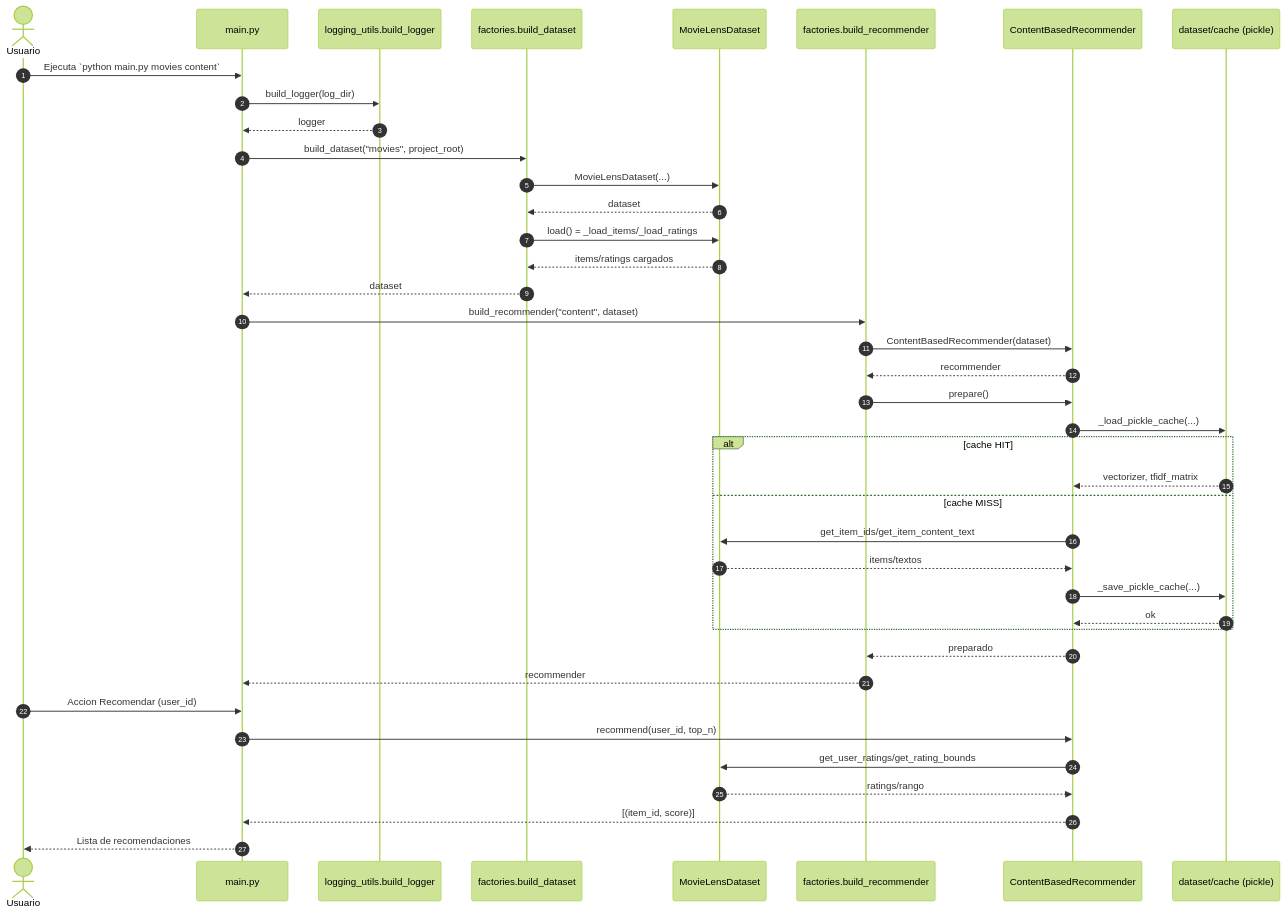
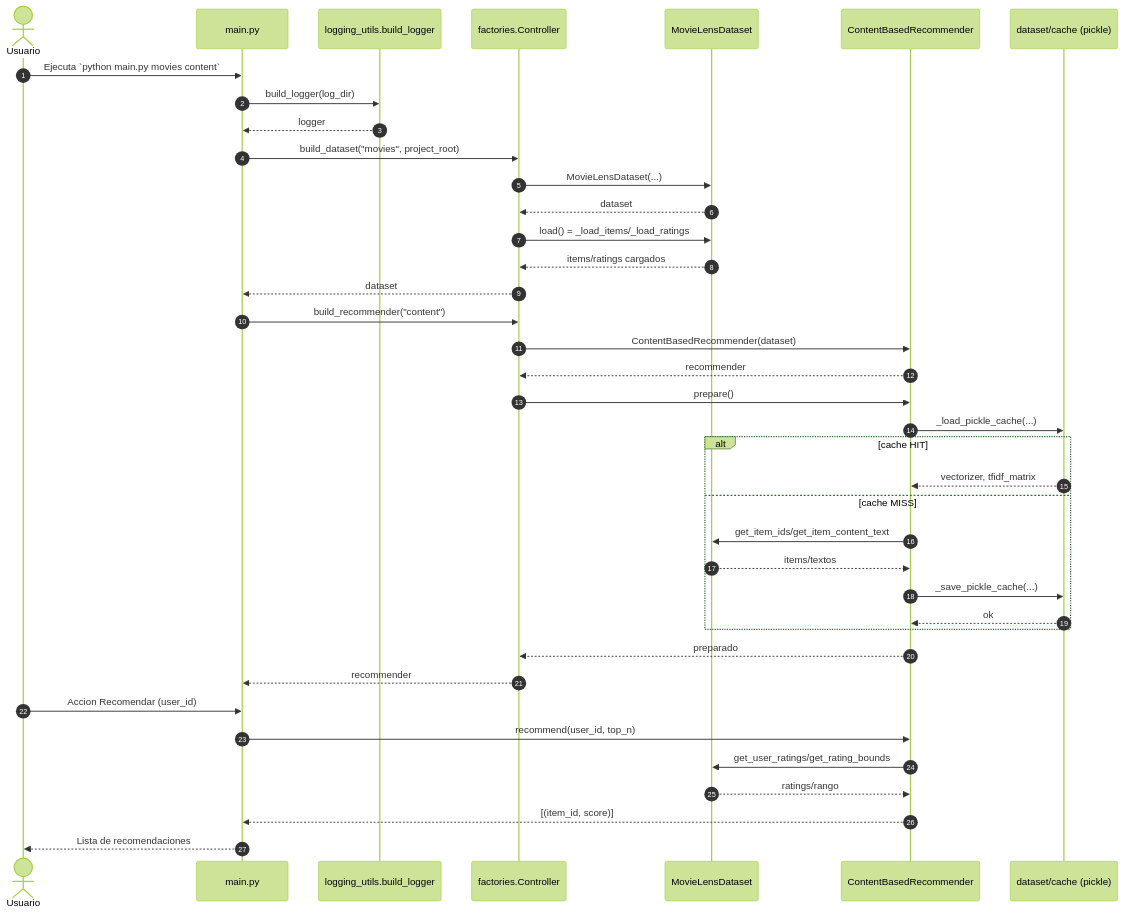
Before and after one commit to Braisfabrega/modular-recommender: the seventh of 7 diagrams in README.md, drawn with Mermaid (forest theme). The commit also changed other lines of this file and 2 other files, not shown here.

Commit message:
fis: controller implementation

````diff
--- a/README.md
+++ b/README.md
@@ -391,43 +395,42 @@
 ```mermaid
 sequenceDiagram
   autonumber
   actor Usuario
   participant Main as main.py
   participant Logger as logging_utils.build_logger
-  participant Factory as factories.build_dataset
+  participant Controller as factories.Controller
   participant Dataset as MovieLensDataset
-  participant RecFactory as factories.build_recommender
   participant Recommender as ContentBasedRecommender
   participant Cache as dataset/cache (pickle)
 
   Usuario->>Main: Ejecuta `python main.py movies content`
   Main->>Logger: build_logger(log_dir)
   Logger-->>Main: logger
-  Main->>Factory: build_dataset("movies", project_root)
-  Factory->>Dataset: MovieLensDataset(...)
-  Dataset-->>Factory: dataset
-  Factory->>Dataset: load() = _load_items/_load_ratings
-  Dataset-->>Factory: items/ratings cargados
-  Factory-->>Main: dataset
-  Main->>RecFactory: build_recommender("content", dataset)
-  RecFactory->>Recommender: ContentBasedRecommender(dataset)
-  Recommender-->>RecFactory: recommender
-  RecFactory->>Recommender: prepare()
+  Main->>Controller: build_dataset("movies", project_root)
+  Controller->>Dataset: MovieLensDataset(...)
+  Dataset-->>Controller: dataset
+  Controller->>Dataset: load() = _load_items/_load_ratings
+  Dataset-->>Controller: items/ratings cargados
+  Controller-->>Main: dataset
+  Main->>Controller: build_recommender("content")
+  Controller->>Recommender: ContentBasedRecommender(dataset)
+  Recommender-->>Controller: recommender
+  Controller->>Recommender: prepare()
   Recommender->>Cache: _load_pickle_cache(...)
   alt cache HIT
     Cache-->>Recommender: vectorizer, tfidf_matrix
   else cache MISS
     Recommender->>Dataset: get_item_ids/get_item_content_text
     Dataset-->>Recommender: items/textos
     Recommender->>Cache: _save_pickle_cache(...)
     Cache-->>Recommender: ok
   end
-  Recommender-->>RecFactory: preparado
-  RecFactory-->>Main: recommender
+  Recommender-->>Controller: preparado
+  Controller-->>Main: recommender
   Usuario->>Main: Accion Recomendar (user_id)
   Main->>Recommender: recommend(user_id, top_n)
   Recommender->>Dataset: get_user_ratings/get_rating_bounds
   Dataset-->>Recommender: ratings/rango
   Recommender-->>Main: [(item_id, score)]
   Main-->>Usuario: Lista de recomendaciones
 ```
````
